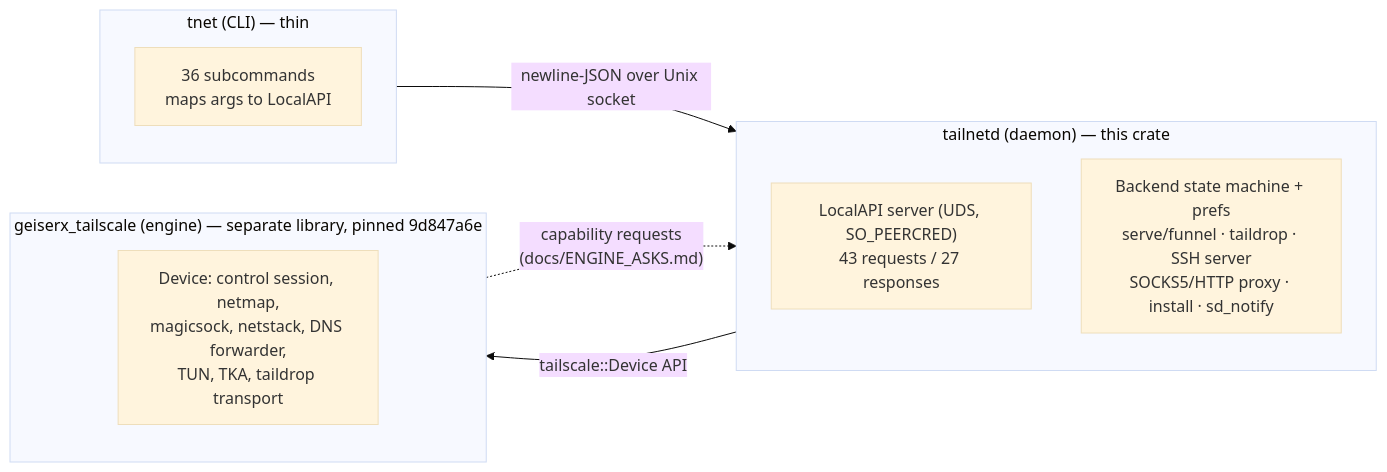
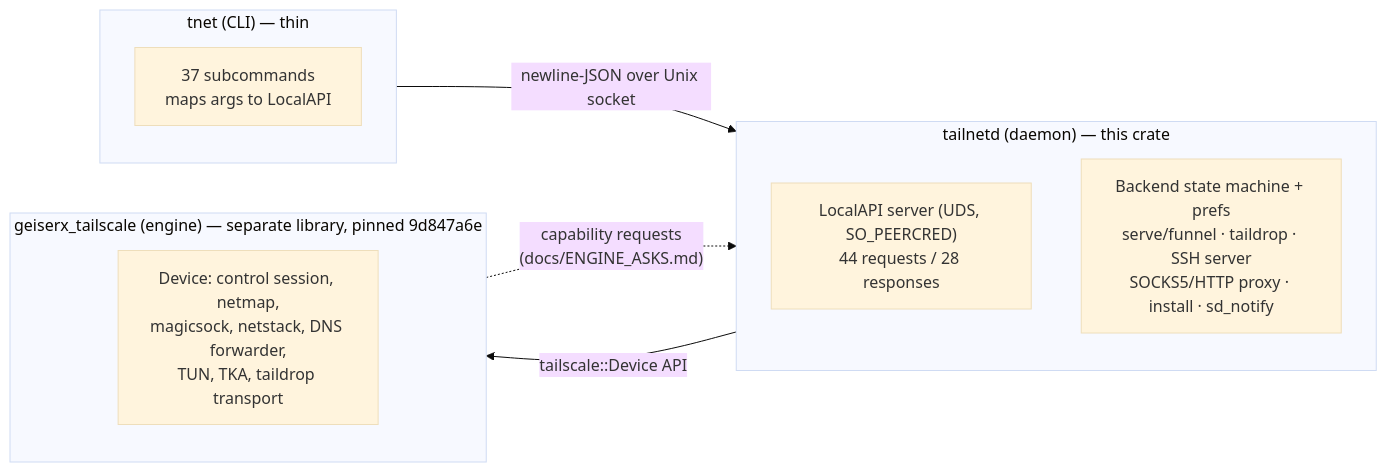
The second of 3 diagrams in docs/PARITY_GAP_ANALYSIS.md (GeiserX/tailscaled-rs), drawn with Mermaid (base theme) before and after one commit. The commit also changed other lines of this file and 3 other files, not shown here.

````diff
--- a/docs/PARITY_GAP_ANALYSIS.md
+++ b/docs/PARITY_GAP_ANALYSIS.md
@@ -78,19 +100,19 @@
 ```mermaid
 flowchart LR
     subgraph CLI["tnet (CLI) — thin"]
         direction TB
-        C1["36 subcommands<br/>maps args to LocalAPI"]
+        C1["37 subcommands<br/>maps args to LocalAPI"]
     end
     subgraph DAEMON["tailnetd (daemon) — this crate"]
         direction TB
-        D1["LocalAPI server (UDS, SO_PEERCRED)<br/>43 requests / 27 responses"]
+        D1["LocalAPI server (UDS, SO_PEERCRED)<br/>44 requests / 28 responses"]
         D2["Backend state machine + prefs<br/>serve/funnel · taildrop · SSH server<br/>SOCKS5/HTTP proxy · install · sd_notify"]
     end
     subgraph ENGINE["geiserx_tailscale (engine) — separate library, pinned 9d847a6e"]
         direction TB
         E1["Device: control session, netmap,<br/>magicsock, netstack, DNS forwarder,<br/>TUN, TKA, taildrop transport"]
     end
     CLI -->|"newline-JSON over Unix socket"| DAEMON
     DAEMON -->|"tailscale::Device API"| ENGINE
     ENGINE -.->|"capability requests<br/>(docs/ENGINE_ASKS.md)"| DAEMON
 ```
````
